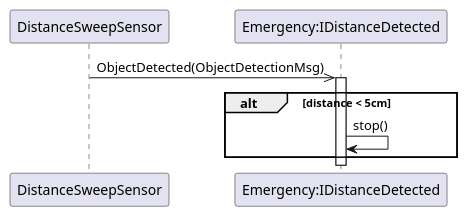
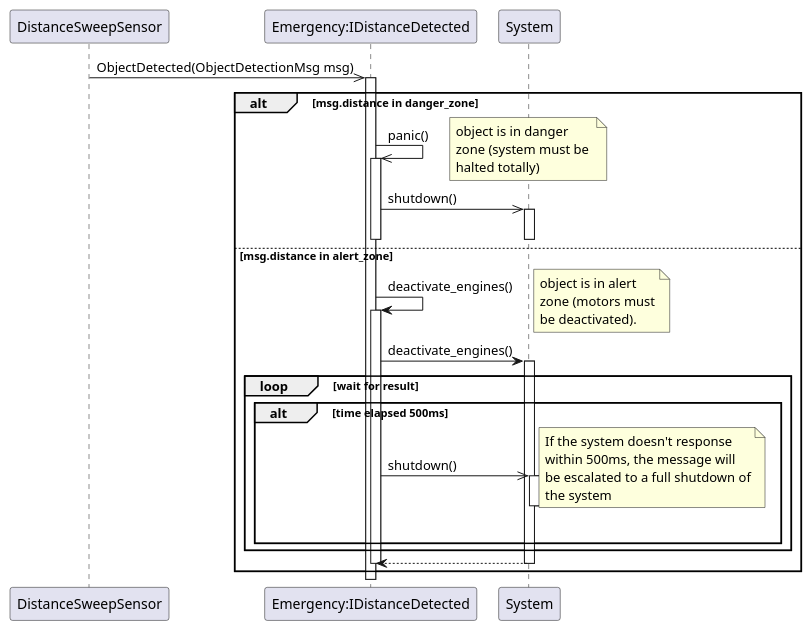
The diagram in design/components.trace.plantuml (jvisch/jvr), drawn with PlantUML before and after one commit. The commit also changed 3 other files, not shown here.

```diff
--- a/design/components.trace.plantuml
+++ b/design/components.trace.plantuml
@@ -1,16 +1,62 @@
 @startuml Component Trace
 
 
 participant sensor as "DistanceSweepSensor"
 participant emergency as "Emergency:IDistanceDetected"
+participant system as "System"
 
-sensor ->> emergency : ObjectDetected(ObjectDetectionMsg)
+sensor ->> emergency : ObjectDetected(ObjectDetectionMsg msg)
 activate emergency
 
-alt distance < 5cm
-    emergency -> emergency : stop()
+alt msg.distance in danger_zone
+    emergency ->> emergency : panic()
     
+    note right
+    object is in danger 
+    zone (system must be 
+    halted totally)
+    end note
+
+    activate emergency
+    emergency ->> system : shutdown()
+    activate system
+    deactivate system
+    deactivate emergency
+else msg.distance in alert_zone
+    ' object is in alert zone (motors must be deactivated)
+    emergency -> emergency : deactivate_engines()
+    
+    note right
+    object is in alert 
+    zone (motors must
+    be deactivated).
+    end note
+
+    activate emergency
+    emergency -> system : deactivate_engines()
+    activate system
+    ' the system must response withing 500ms, otherwise
+    ' the total system will be shutdown
+    loop wait for result
+        alt time elapsed 500ms
+        
+            emergency ->> system : shutdown()
+        
+            note right
+            If the system doesn't response
+            within 500ms, the message will
+            be escalated to a full shutdown of
+            the system
+            end note
+
+            activate system
+            deactivate system 
+        end
+    end
+    system ---> emergency
+    deactivate system
+    deactivate emergency
 end
 
 
 @enduml
```
